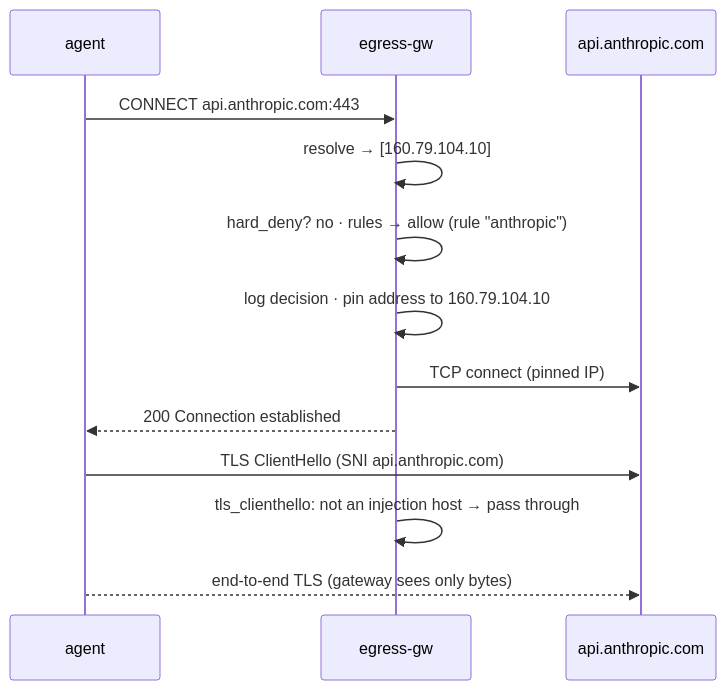
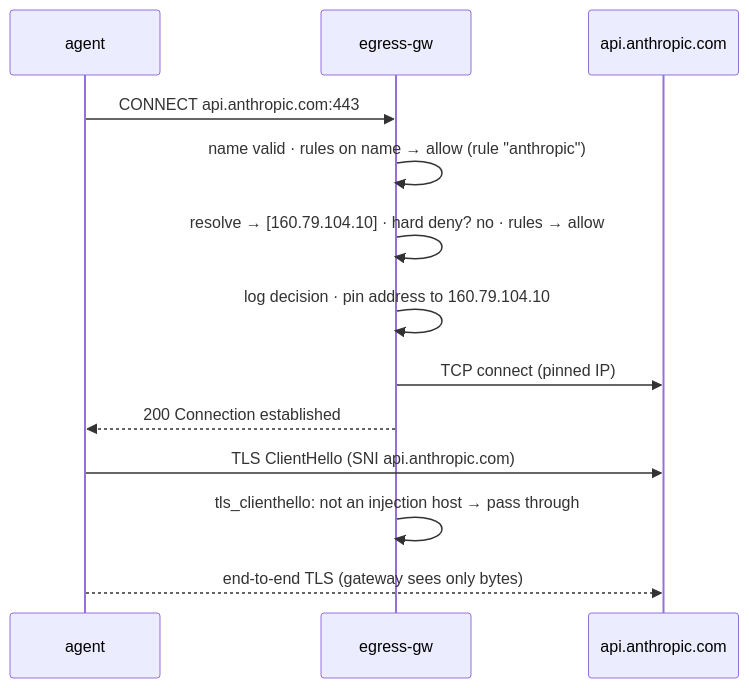
Before and after one commit to PhilippMundhenk/tallygate: the third of 5 diagrams in docs/architecture.md, drawn with Mermaid. The commit also changed other lines of this file and 50 other files, not shown here.

````diff
--- a/docs/architecture.md
+++ b/docs/architecture.md
@@ -109,15 +110,15 @@
 ```mermaid
 sequenceDiagram
     participant A as agent
     participant G as egress-gw
     participant S as api.anthropic.com
     A->>G: CONNECT api.anthropic.com:443
-    G->>G: resolve → [160.79.104.10]
-    G->>G: hard_deny? no · rules → allow (rule "anthropic")
+    G->>G: name valid · rules on name → allow (rule "anthropic")
+    G->>G: resolve → [160.79.104.10] · hard deny? no · rules → allow
     G->>G: log decision · pin address to 160.79.104.10
     G->>S: TCP connect (pinned IP)
     G-->>A: 200 Connection established
     A->>S: TLS ClientHello (SNI api.anthropic.com)
     G->>G: tls_clienthello: not an injection host → pass through
     A-->>S: end-to-end TLS (gateway sees only bytes)
 ```
````
